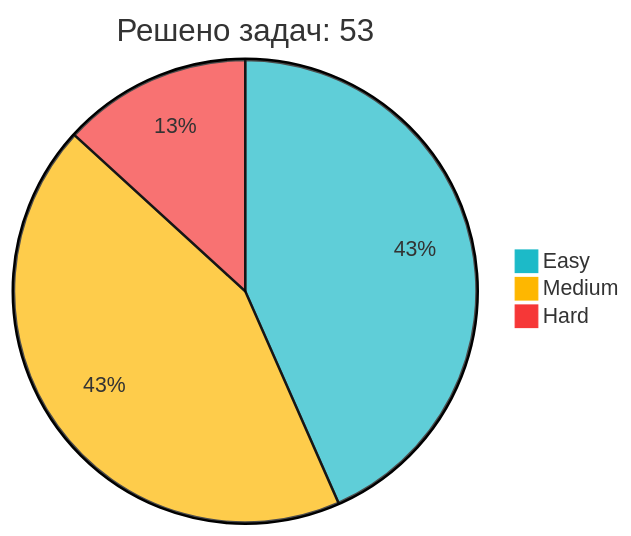
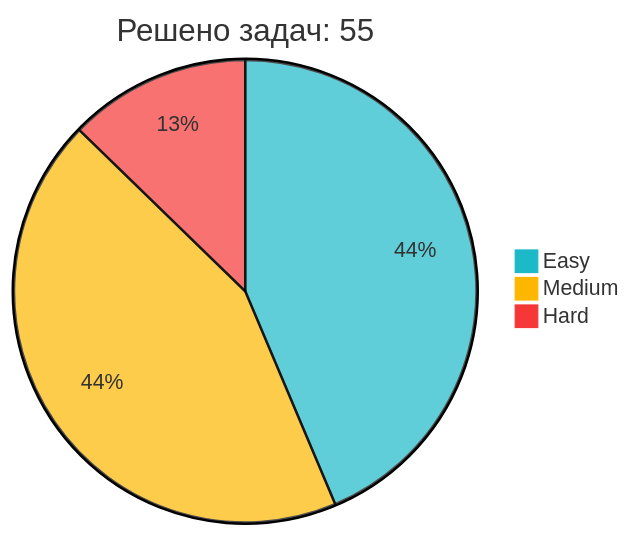
The diagram in README.md (IliaKurdukov/IliaKurdukov), drawn with Mermaid before and after one commit. The commit also changed other lines of this file, not shown here.

Commit message:
📈 Обновление статистики LeetCode

````diff
--- a/README.md
+++ b/README.md
@@ -51,7 +51,7 @@
 ```mermaid
 %%{init: {'theme': 'base', 'themeVariables': { 'pie1': '#1CBAC8', 'pie2': '#FEB700', 'pie3': '#F63737' }, 'config': {'width': 300, 'height': 200}}}%%
-pie title Решено задач: 53
-   "Easy" : 23
-   "Medium" : 23
+pie title Решено задач: 55
+   "Easy" : 24
+   "Medium" : 24
    "Hard" : 7
 ```
````
